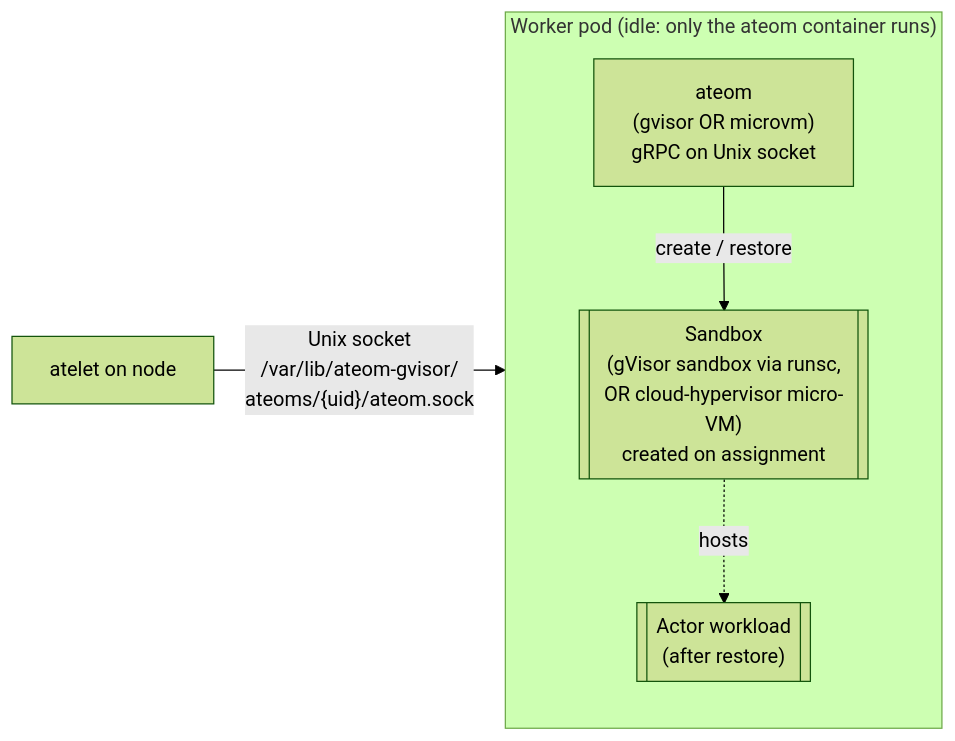
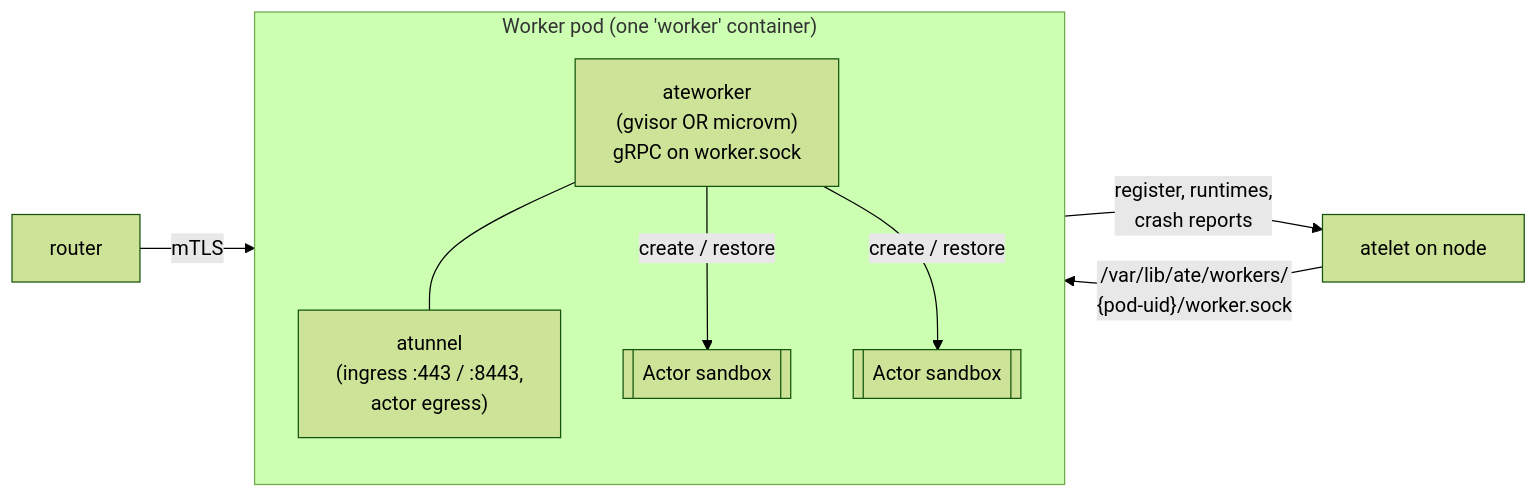
The first of 2 diagrams in atlas/src/content/docs/components/workers.mdx (christian-posta/substrate), drawn with Mermaid (forest theme) before and after one commit. The commit also changed other lines of this file and 34 other files, not shown here.

````diff
--- a/atlas/src/content/docs/components/workers.mdx
+++ b/atlas/src/content/docs/components/workers.mdx
@@ -19,15 +22,21 @@
 ```mermaid
 flowchart LR
-  subgraph POD["Worker pod (idle: only the ateom container runs)"]
+  subgraph POD["Worker pod (one 'worker' container)"]
     direction TB
-    OM["ateom<br/>(gvisor OR microvm)<br/>gRPC on Unix socket"]
-    SB[["Sandbox<br/>(gVisor sandbox via runsc,<br/>OR cloud-hypervisor micro-VM)<br/>created on assignment"]]
-    OM -- "create / restore" --> SB
-    SB -.->|hosts| WL[["Actor workload<br/>(after restore)"]]
+    OM["ateworker<br/>(gvisor OR microvm)<br/>gRPC on worker.sock"]
+    TUN["atunnel<br/>(ingress :443 / :8443,<br/>actor egress)"]
+    SB1[["Actor sandbox"]]
+    SB2[["Actor sandbox"]]
+    OM --- TUN
+    OM -- "create / restore" --> SB1
+    OM -- "create / restore" --> SB2
   end
 
-  AT[atelet on node] -- "Unix socket<br/>/var/lib/ateom-gvisor/<br/>ateoms/{uid}/ateom.sock" --> OM
+  AT[atelet on node] -- "/var/lib/ate/workers/<br/>{pod-uid}/worker.sock" --> OM
+  OM -- "register, runtimes,<br/>crash reports" --> AT
+  RT[router] -- mTLS --> TUN
 
-  click OM "/components/ateom-gvisor/" "ateom-gvisor"
+  click OM "/components/ateworker-gvisor/" "ateworker-gvisor"
   click AT "/components/atelet/" "atelet"
+  click RT "/components/atenet/" "atenet"
 ```
````
